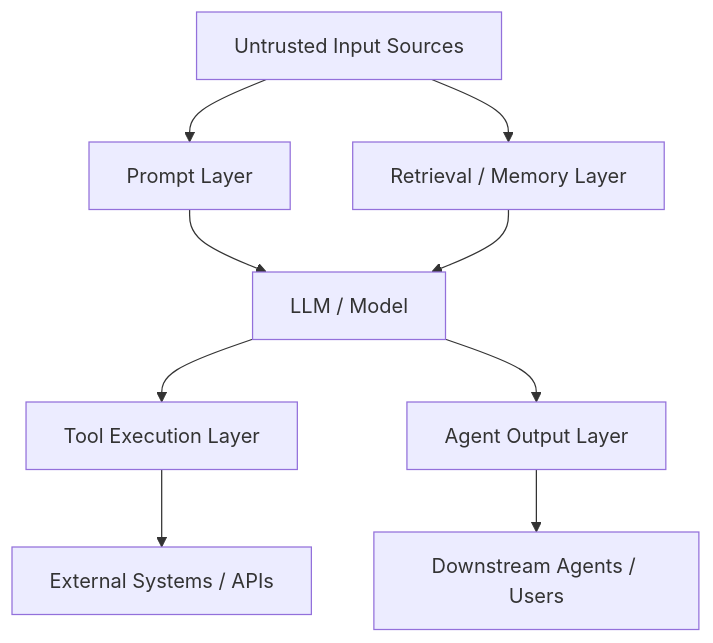
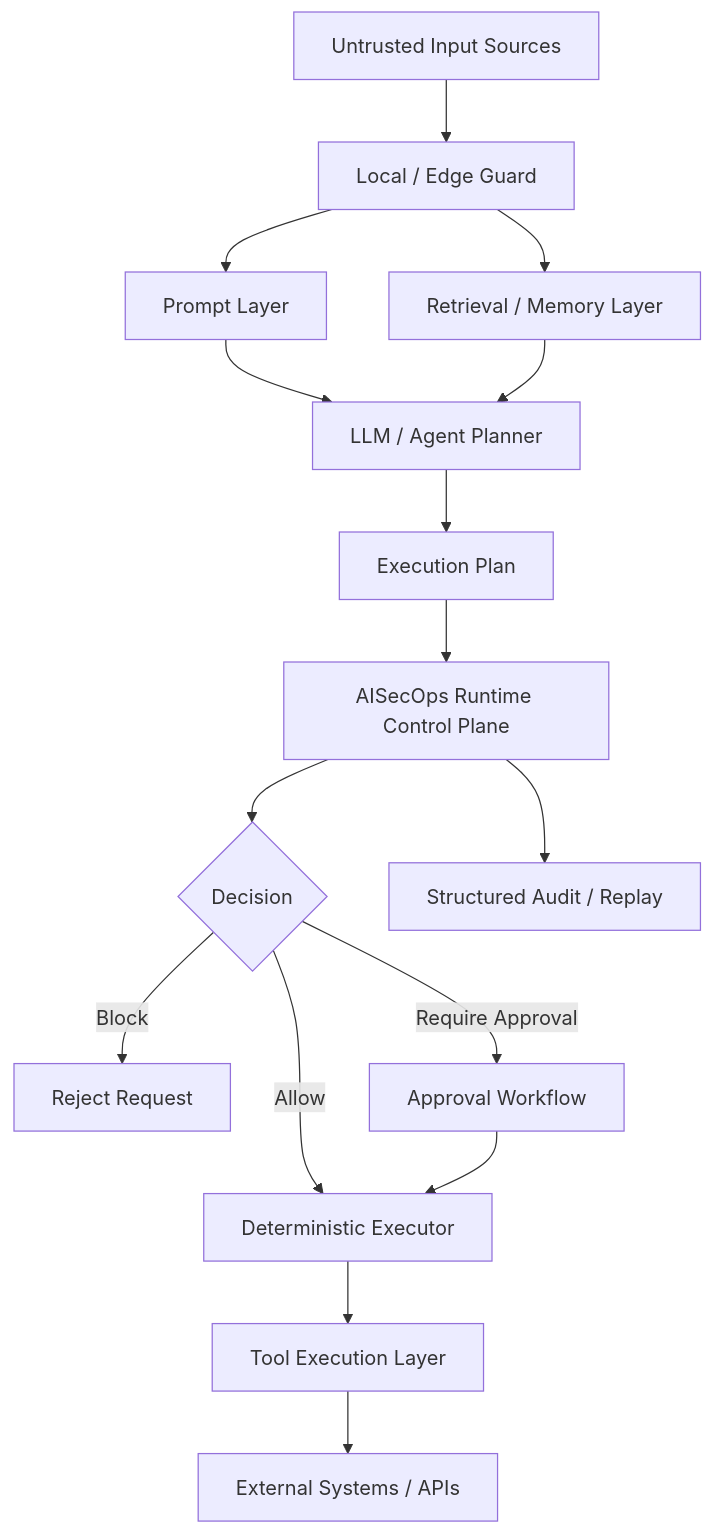
The diagram in src/content/threatmodel.md (viplavfauzdar/aisecops-site), drawn with Mermaid before and after one commit. The commit also changed other lines of this file and 7 other files, not shown here.

````diff
--- a/src/content/threatmodel.md
+++ b/src/content/threatmodel.md
@@ -38,17 +38,31 @@
 ```mermaid
 flowchart TD
 
 A[Untrusted Input Sources]
 
-A --> B[Prompt Layer]
-A --> C[Retrieval / Memory Layer]
+A --> B[Local / Edge Guard]
 
-B --> D[LLM / Model]
-C --> D
+B --> C[Prompt Layer]
+B --> D[Retrieval / Memory Layer]
 
-D --> E[Tool Execution Layer]
-D --> F[Agent Output Layer]
+C --> E[LLM / Agent Planner]
+D --> E
 
-E --> G[External Systems / APIs]
-F --> H[Downstream Agents / Users]
+E --> F[Execution Plan]
+
+F --> G[AISecOps Runtime Control Plane]
+
+G --> H{Decision}
+
+H -->|Allow| I[Deterministic Executor]
+H -->|Block| J[Reject Request]
+H -->|Require Approval| K[Approval Workflow]
+
+K --> I
+
+I --> L[Tool Execution Layer]
+
+L --> M[External Systems / APIs]
+
+G --> N[Structured Audit / Replay]
 ```
````
